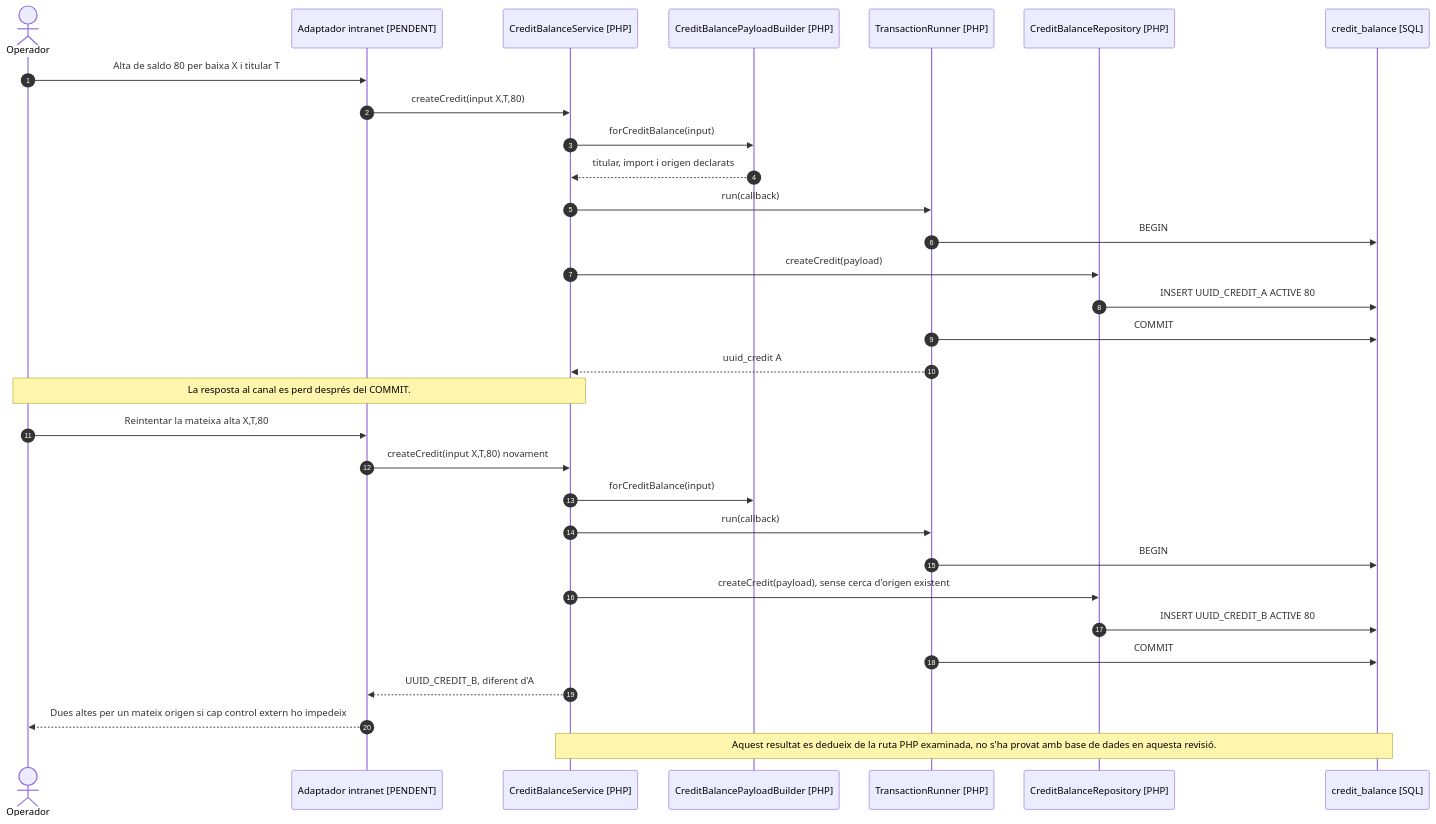
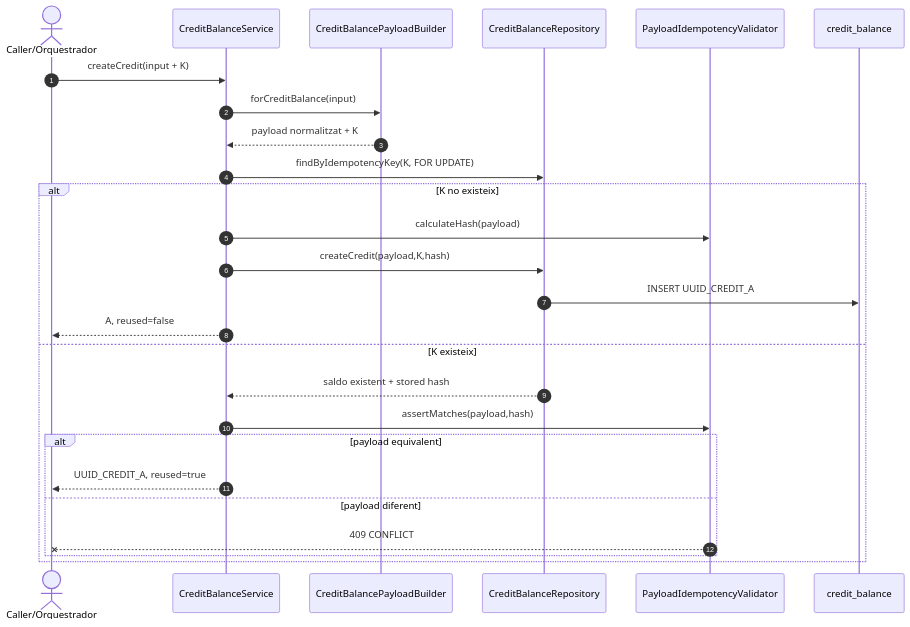
One commit to orgmeriemprismacat-del/verifactu changed the fifth of 7 diagrams in documentacio/07-uml-integrat/uc-029-crear-saldo.md. Above: the diagram before and after it, drawn with Mermaid. The commit also changed other lines of this file, not shown here.

Commit message:
docs(UC-029): reconciliar createCredit idempotent

````diff
--- a/documentacio/07-uml-integrat/uc-029-crear-saldo.md
+++ b/documentacio/07-uml-integrat/uc-029-crear-saldo.md
@@ -178,33 +178,28 @@
 ```mermaid
 sequenceDiagram
 autonumber
-actor O as Operador
-participant UI as Adaptador intranet [PENDENT]
-participant S as CreditBalanceService [PHP]
-participant B as CreditBalancePayloadBuilder [PHP]
-participant TR as TransactionRunner [PHP]
-participant CR as CreditBalanceRepository [PHP]
-participant DB as credit_balance [SQL]
-O->>UI: Alta de saldo 80 per baixa X i titular T
-UI->>S: createCredit(input X,T,80)
+actor O as Caller/Orquestrador
+participant S as CreditBalanceService
+participant B as CreditBalancePayloadBuilder
+participant R as CreditBalanceRepository
+participant H as PayloadIdempotencyValidator
+participant DB as credit_balance
+O->>S: createCredit(input + K)
 S->>B: forCreditBalance(input)
-B-->>S: titular, import i origen declarats
-S->>TR: run(callback)
-TR->>DB: BEGIN
-S->>CR: createCredit(payload)
-CR->>DB: INSERT UUID_CREDIT_A ACTIVE 80
-TR->>DB: COMMIT
-TR-->>S: uuid_credit A
-Note over O,S: La resposta al canal es perd després del COMMIT.
-O->>UI: Reintentar la mateixa alta X,T,80
-UI->>S: createCredit(input X,T,80) novament
-S->>B: forCreditBalance(input)
-S->>TR: run(callback)
-TR->>DB: BEGIN
-S->>CR: createCredit(payload), sense cerca d'origen existent
-CR->>DB: INSERT UUID_CREDIT_B ACTIVE 80
-TR->>DB: COMMIT
-S-->>UI: UUID_CREDIT_B, diferent d'A
-UI-->>O: Dues altes per un mateix origen si cap control extern ho impedeix
-Note over S,DB: Aquest resultat es dedueix de la ruta PHP examinada, no s'ha provat amb base de dades en aquesta revisió.
+B-->>S: payload normalitzat + K
+S->>R: findByIdempotencyKey(K, FOR UPDATE)
+alt K no existeix
+  S->>H: calculateHash(payload)
+  S->>R: createCredit(payload,K,hash)
+  R->>DB: INSERT UUID_CREDIT_A
+  S-->>O: A, reused=false
+else K existeix
+  R-->>S: saldo existent + stored hash
+  S->>H: assertMatches(payload,hash)
+  alt payload equivalent
+    S-->>O: UUID_CREDIT_A, reused=true
+  else payload diferent
+    H--xO: 409 CONFLICT
+  end
+end
 ```
````
